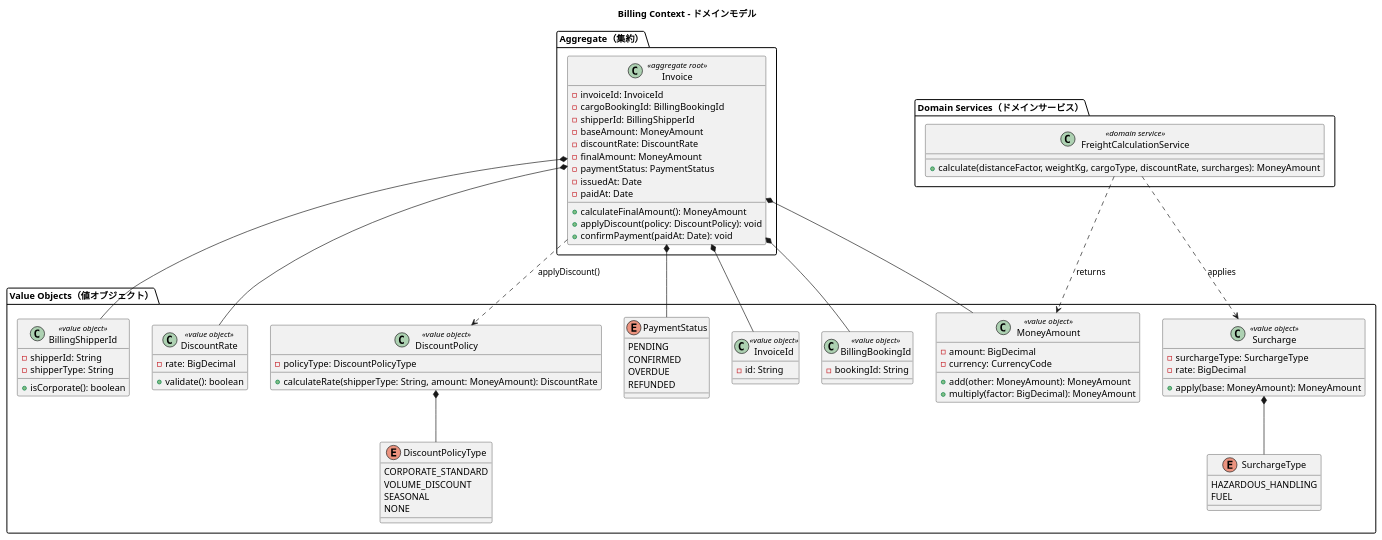
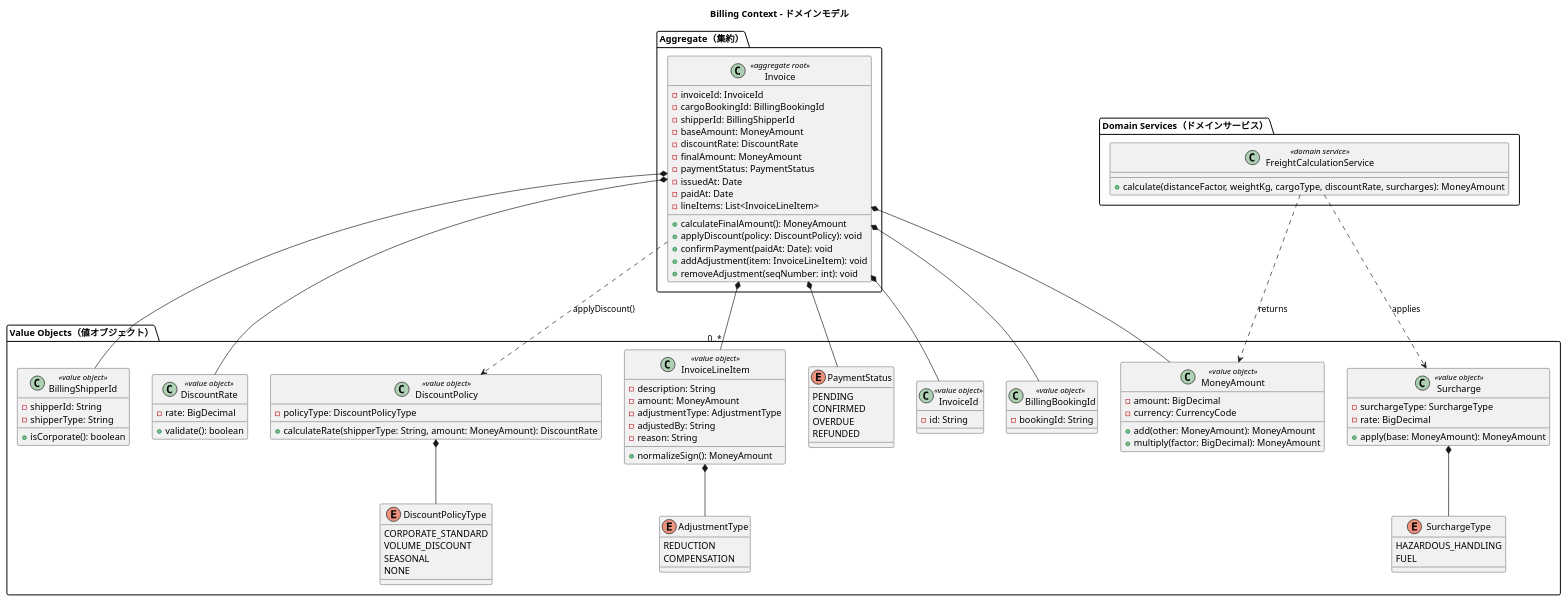
Before and after one commit to k2works/case-study-cargo-tracker: the eighth of 12 diagrams in docs/design/domain-model.md, drawn with PlantUML. The commit also changed other lines of this file and 1 other file, not shown here.

Commit message:
docs(design): 料金調整明細の設計変更を domain/data-model に反映（IT9）
InvoiceLineItem 値オブジェクト・AdjustmentType 列挙型・Invoice の
addAdjustment/removeAdjustment を domain-model に追加。invoice_line_items の
adjusted_by/reason カラムと補償費用の減算方向を data-model に反映（T45/T47b）。

```diff
--- a/docs/design/domain-model.md
+++ b/docs/design/domain-model.md
@@ -1101,9 +1101,12 @@
     -paymentStatus: PaymentStatus
     -issuedAt: Date
     -paidAt: Date
+    -lineItems: List<InvoiceLineItem>
     +calculateFinalAmount(): MoneyAmount
     +applyDiscount(policy: DiscountPolicy): void
     +confirmPayment(paidAt: Date): void
+    +addAdjustment(item: InvoiceLineItem): void
+    +removeAdjustment(seqNumber: int): void
   }
 }
 
@@ -1138,6 +1141,18 @@
     -rate: BigDecimal
     +apply(base: MoneyAmount): MoneyAmount
   }
+  class InvoiceLineItem <<value object>> {
+    -description: String
+    -amount: MoneyAmount
+    -adjustmentType: AdjustmentType
+    -adjustedBy: String
+    -reason: String
+    +normalizeSign(): MoneyAmount
+  }
+  enum AdjustmentType {
+    REDUCTION
+    COMPENSATION
+  }
   enum SurchargeType {
     HAZARDOUS_HANDLING
     FUEL
@@ -1169,6 +1184,8 @@
 Invoice *-- DiscountRate
 Invoice *-- PaymentStatus
 Invoice ..> DiscountPolicy : applyDiscount()
+Invoice *-- "0..*" InvoiceLineItem
+InvoiceLineItem *-- AdjustmentType
 DiscountPolicy *-- DiscountPolicyType
 Surcharge *-- SurchargeType
 FreightCalculationService ..> Surcharge : applies
```
